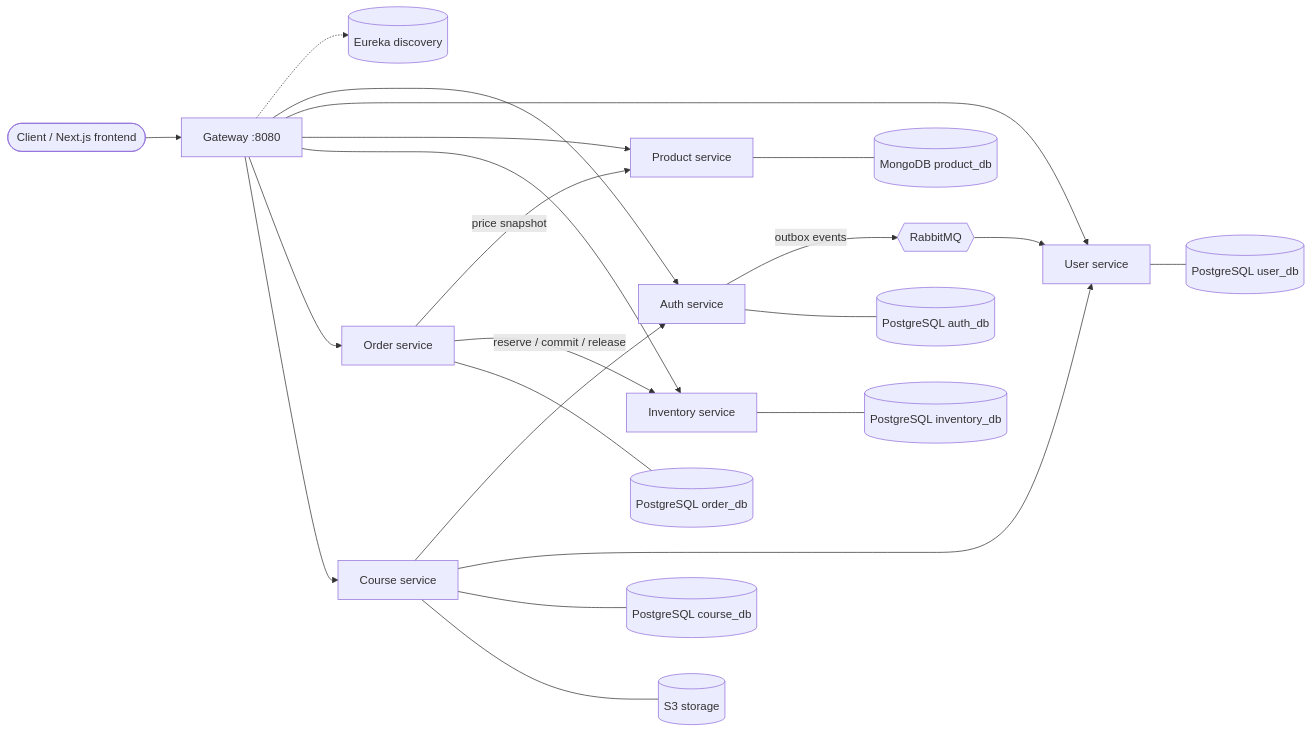
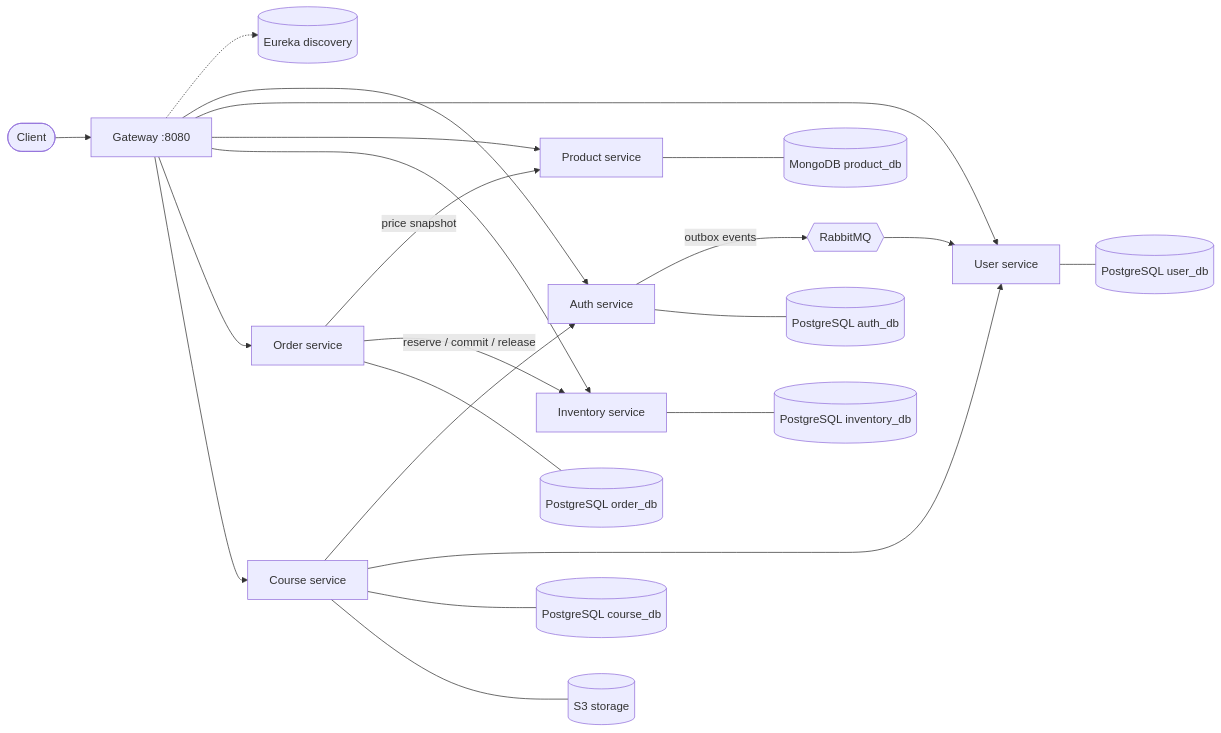
The diagram in README.md (abdullaabdullayev/e-commerce), drawn with Mermaid before and after one commit. The commit also changed other lines of this file and 2 other files, not shown here.

````diff
--- a/README.md
+++ b/README.md
@@ -27,27 +27,27 @@
 ```mermaid
 flowchart LR
-    client([Client / Next.js frontend]) --> gw[Gateway :8080]
+    client([Client]) --> gw[Gateway :8080]
     gw -.-> eureka[(Eureka discovery)]
 
     gw --> auth[Auth service]
     gw --> user[User service]
     gw --> product[Product service]
     gw --> inventory[Inventory service]
     gw --> order[Order service]
     gw --> course[Course service]
 
     auth -- outbox events --> mq{{RabbitMQ}}
     mq --> user
     order -- price snapshot --> product
     order -- reserve / commit / release --> inventory
     course --> auth
     course --> user
 
     auth --- authdb[(PostgreSQL auth_db)]
     user --- userdb[(PostgreSQL user_db)]
     inventory --- invdb[(PostgreSQL inventory_db)]
     order --- orderdb[(PostgreSQL order_db)]
     course --- coursedb[(PostgreSQL course_db)]
     course --- s3[(S3 storage)]
     product --- mongo[(MongoDB product_db)]
 ```
````
